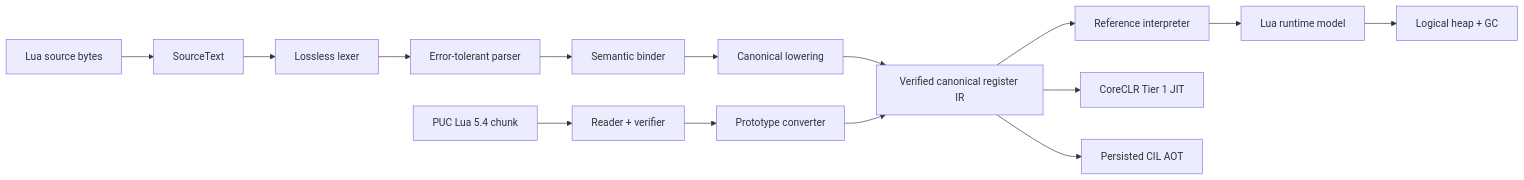
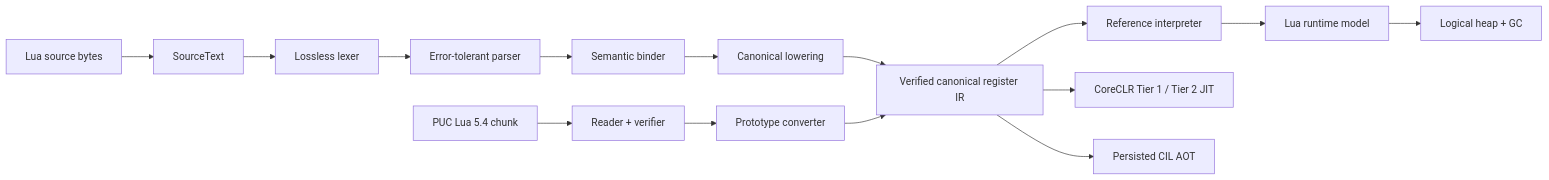
The diagram in README.md (dlqw/Lunil), drawn with Mermaid before and after one commit. The commit also changed other lines of this file and 20 other files, not shown here.

Commit message:
feat(jit): add profile-guided Tier 2

````diff
--- a/README.md
+++ b/README.md
@@ -226,20 +226,20 @@
 ```mermaid
 flowchart LR
     Source[Lua source bytes] --> Text[SourceText]
     Text --> Lexer[Lossless lexer]
     Lexer --> Parser[Error-tolerant parser]
     Parser --> Binder[Semantic binder]
     Binder --> Lowerer[Canonical lowering]
 
     Chunk[PUC Lua 5.4 chunk] --> Reader[Reader + verifier]
     Reader --> Converter[Prototype converter]
 
     Lowerer --> IR[Verified canonical register IR]
     Converter --> IR
     IR --> Interpreter[Reference interpreter]
     Interpreter --> Runtime[Lua runtime model]
     Runtime --> Heap[Logical heap + GC]
 
-    IR --> JIT[CoreCLR Tier 1 JIT]
+    IR --> JIT[CoreCLR Tier 1 / Tier 2 JIT]
     IR --> AOT[Persisted CIL AOT]
 ```
````
